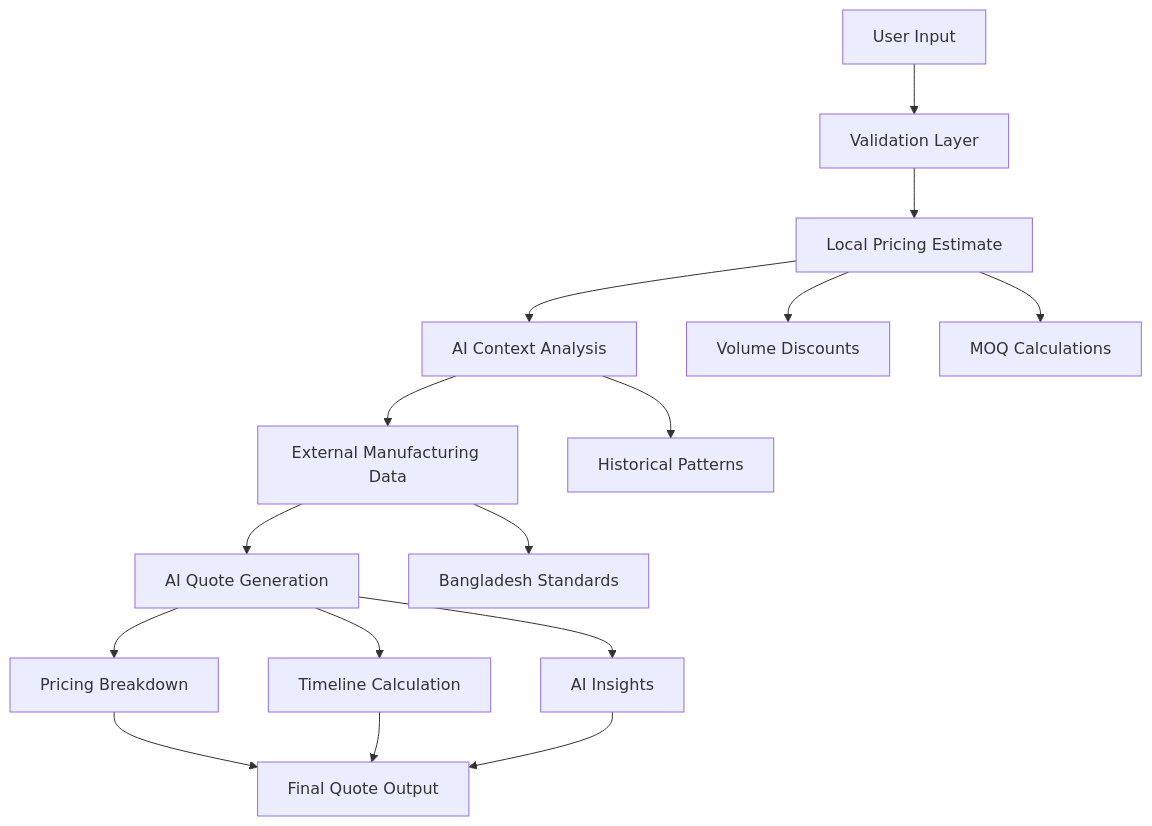
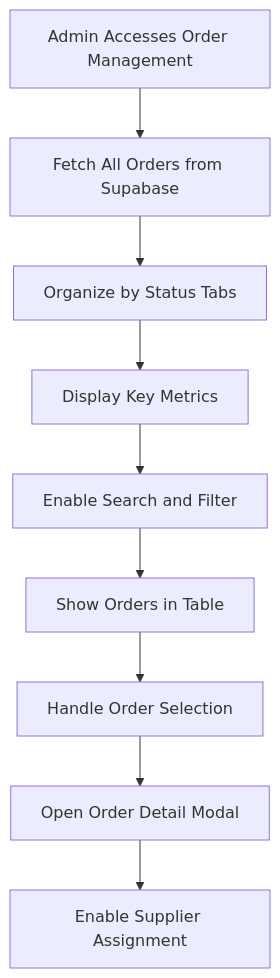
The fourth of 5 diagrams in .qoder/repowiki/en/content/Core Features/Core Features.md (sleekapparels-admin/sleekapp-v100), drawn with Mermaid before and after one commit. The commit also changed other lines of this file and 337 other files, not shown here.

````diff
--- a/.qoder/repowiki/en/content/Core Features/Core Features.md
+++ b/.qoder/repowiki/en/content/Core Features/Core Features.md
@@ -143,18 +173,11 @@
 ```mermaid
 flowchart TD
-A[User Input] --> B[Validation Layer]
-B --> C[Local Pricing Estimate]
-C --> D[AI Context Analysis]
-D --> E[External Manufacturing Data]
-E --> F[AI Quote Generation]
-F --> G[Pricing Breakdown]
-F --> H[Timeline Calculation]
-F --> I[AI Insights]
-C --> J[Volume Discounts]
-C --> K[MOQ Calculations]
-D --> L[Historical Patterns]
-E --> M[Bangladesh Standards]
-G --> N[Final Quote Output]
-H --> N
-I --> N
+A[Admin Accesses Order Management] --> B[Fetch All Orders from Supabase]
+B --> C[Organize by Status Tabs]
+C --> D[Display Key Metrics]
+D --> E[Enable Search and Filter]
+E --> F[Show Orders in Table]
+F --> G[Handle Order Selection]
+G --> H[Open Order Detail Modal]
+H --> I[Enable Supplier Assignment]
 ```
````
